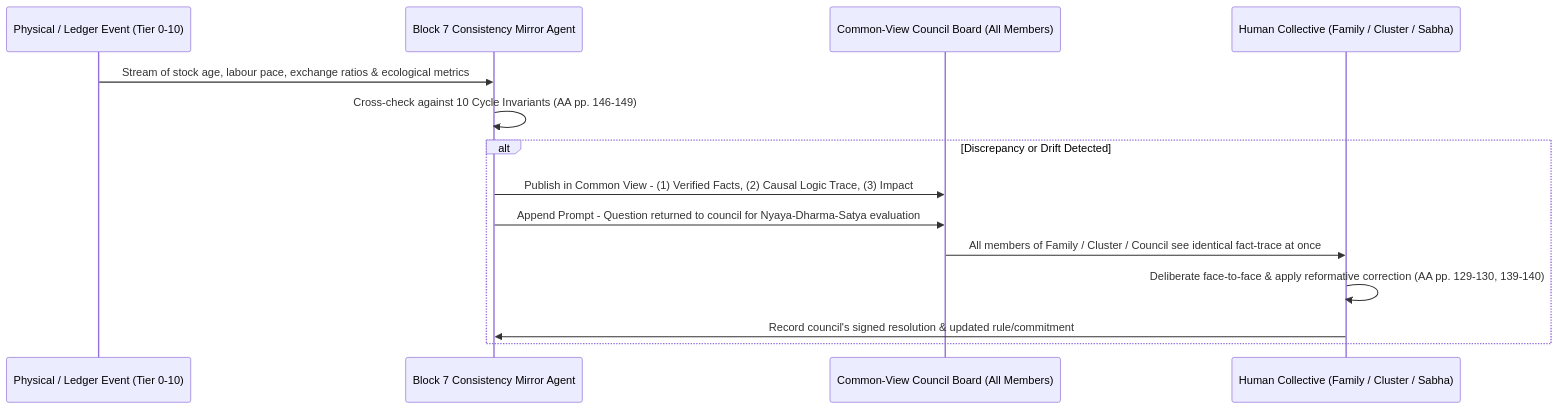
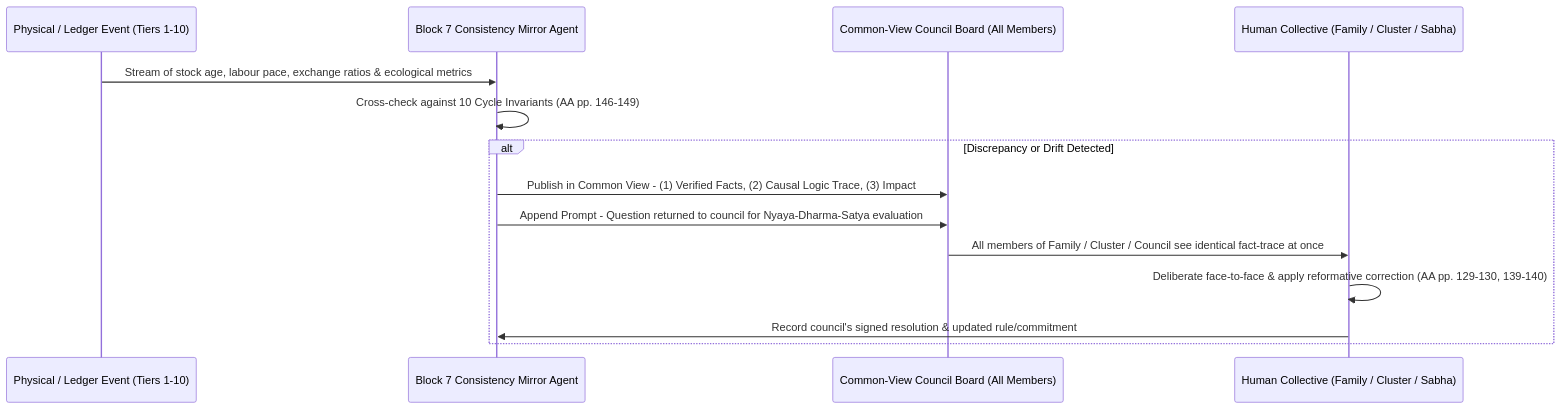
Before and after one commit to raghavamohan/AnalyticMadhyasthDarshan: the fourth of 5 diagrams in Studies/Prosperity-Economics-And-Right-Use/Technical-Note-Ten-Tier-Agentic-Infrastructure.md, drawn with Mermaid. The commit also changed other lines of this file and 15 other files, not shown here.

````diff
--- a/Studies/Prosperity-Economics-And-Right-Use/Technical-Note-Ten-Tier-Agentic-Infrastructure.md
+++ b/Studies/Prosperity-Economics-And-Right-Use/Technical-Note-Ten-Tier-Agentic-Infrastructure.md
@@ -388,17 +387,17 @@
 ```mermaid
 sequenceDiagram
-    participant P as Physical / Ledger Event (Tier 0-10)
+    participant P as Physical / Ledger Event (Tiers 1-10)
     participant CM as Block 7 Consistency Mirror Agent
     participant CV as Common-View Council Board (All Members)
     participant HC as Human Collective (Family / Cluster / Sabha)
 
     P->>CM: Stream of stock age, labour pace, exchange ratios & ecological metrics
     CM->>CM: Cross-check against 10 Cycle Invariants (AA pp. 146-149)
     alt Discrepancy or Drift Detected
         CM->>CV: Publish in Common View - (1) Verified Facts, (2) Causal Logic Trace, (3) Impact
         CM->>CV: Append Prompt - Question returned to council for Nyaya-Dharma-Satya evaluation
         CV->>HC: All members of Family / Cluster / Council see identical fact-trace at once
         HC->>HC: Deliberate face-to-face & apply reformative correction (AA pp. 129-130, 139-140)
         HC->>CM: Record council's signed resolution & updated rule/commitment
     end
 ```
````
